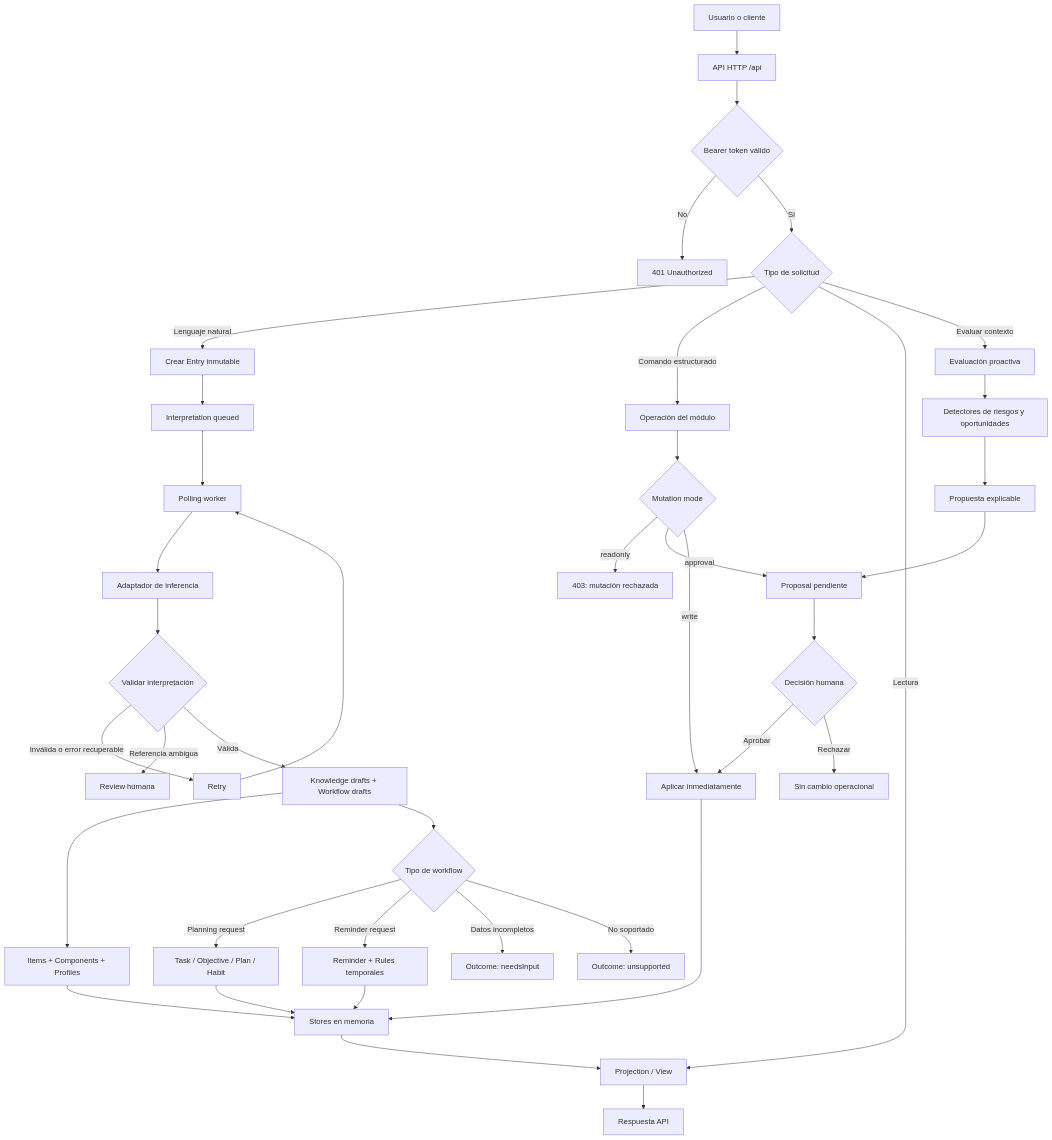
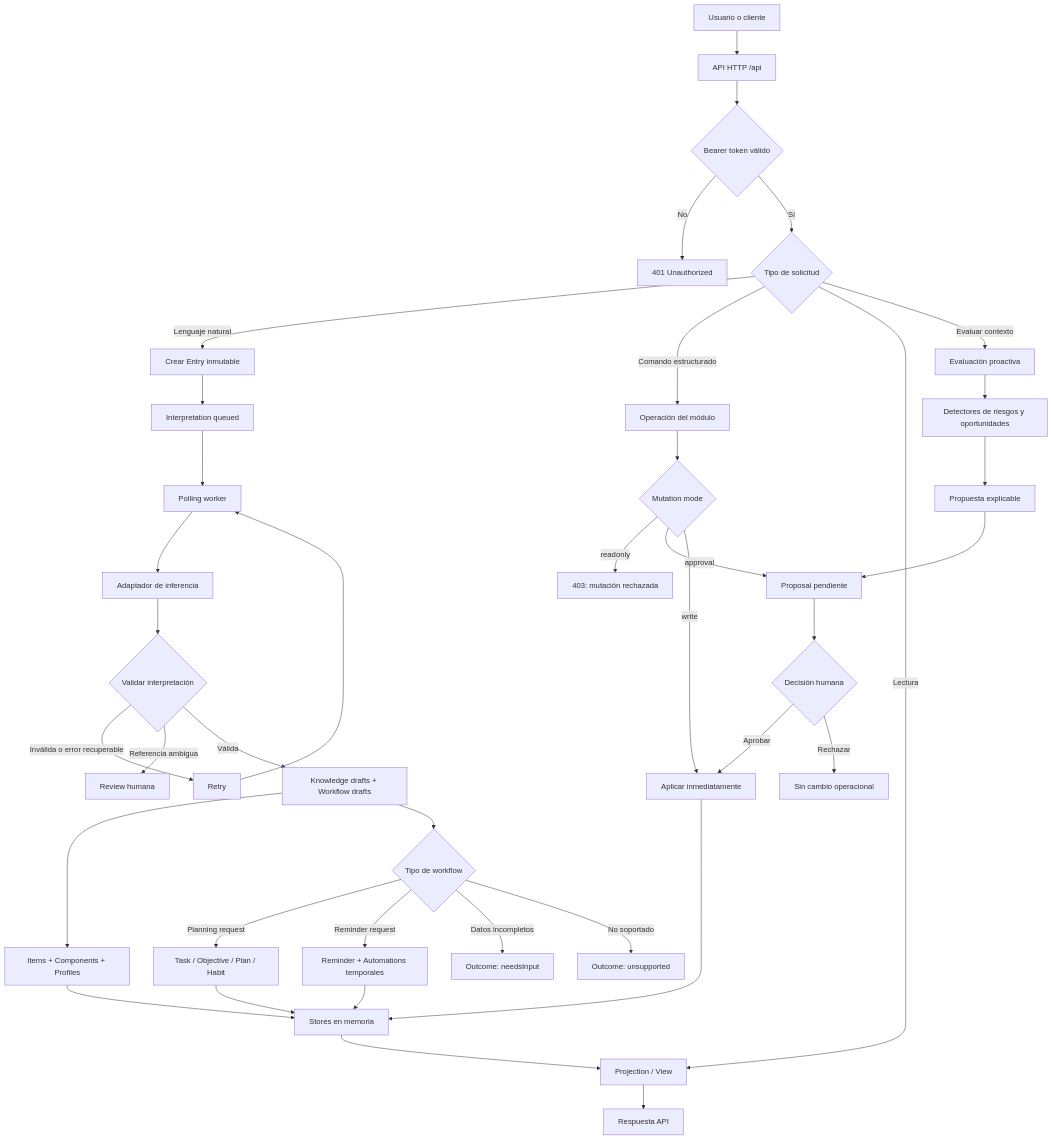
One commit to itmarck/wingman changed the diagram in docs/system.md. Above: the diagram before and after it, drawn with Mermaid. The commit also changed 52 other files, not shown here.

````diff
--- a/docs/system.md
+++ b/docs/system.md
@@ -3,51 +3,51 @@
 ```mermaid
 flowchart TD
     U["Usuario o cliente"] --> API["API HTTP /api"]
 
     API --> AUTH{"Bearer token válido"}
     AUTH -- No --> ERR401["401 Unauthorized"]
     AUTH -- Sí --> ROUTE{"Tipo de solicitud"}
 
     ROUTE -->|Lenguaje natural| ENTRY["Crear Entry inmutable"]
     ROUTE -->|Comando estructurado| MUTATION["Operación del módulo"]
     ROUTE -->|Lectura| QUERY["Projection / View"]
     ROUTE -->|Evaluar contexto| PROACTIVE["Evaluación proactiva"]
 
     ENTRY --> QUEUE["Interpretation queued"]
     QUEUE --> WORKER["Polling worker"]
     WORKER --> MODEL["Adaptador de inferencia"]
     MODEL --> VALIDATE{"Validar interpretación"}
 
     VALIDATE -- Inválida o error recuperable --> RETRY["Retry"]
     RETRY --> WORKER
     VALIDATE -- Referencia ambigua --> REVIEW["Review humana"]
     VALIDATE -- Válida --> DRAFTS["Knowledge drafts + Workflow drafts"]
 
     DRAFTS --> KNOWLEDGE["Items + Components + Profiles"]
     DRAFTS --> WORKFLOW{"Tipo de workflow"}
     WORKFLOW -->|Planning request| PLANNING["Task / Objective / Plan / Habit"]
-    WORKFLOW -->|Reminder request| REMINDER["Reminder + Rules temporales"]
+    WORKFLOW -->|Reminder request| REMINDER["Reminder + Automations temporales"]
     WORKFLOW -->|Datos incompletos| NEEDS_INPUT["Outcome: needsInput"]
     WORKFLOW -->|No soportado| UNSUPPORTED["Outcome: unsupported"]
 
     MUTATION --> MODE{"Mutation mode"}
     MODE -- readonly --> DENIED["403: mutación rechazada"]
     MODE -- approval --> PROPOSAL["Proposal pendiente"]
     MODE -- write --> APPLY["Aplicar inmediatamente"]
 
     PROPOSAL --> DECISION{"Decisión humana"}
     DECISION -- Aprobar --> APPLY
     DECISION -- Rechazar --> REJECTED["Sin cambio operacional"]
 
     PLANNING --> STORE["Stores en memoria"]
     REMINDER --> STORE
     KNOWLEDGE --> STORE
     APPLY --> STORE
 
     PROACTIVE --> DETECTORS["Detectores de riesgos y oportunidades"]
     DETECTORS --> EXPLAIN["Propuesta explicable"]
     EXPLAIN --> PROPOSAL
 
     STORE --> QUERY
     QUERY --> RESPONSE["Respuesta API"]
 ```
````
